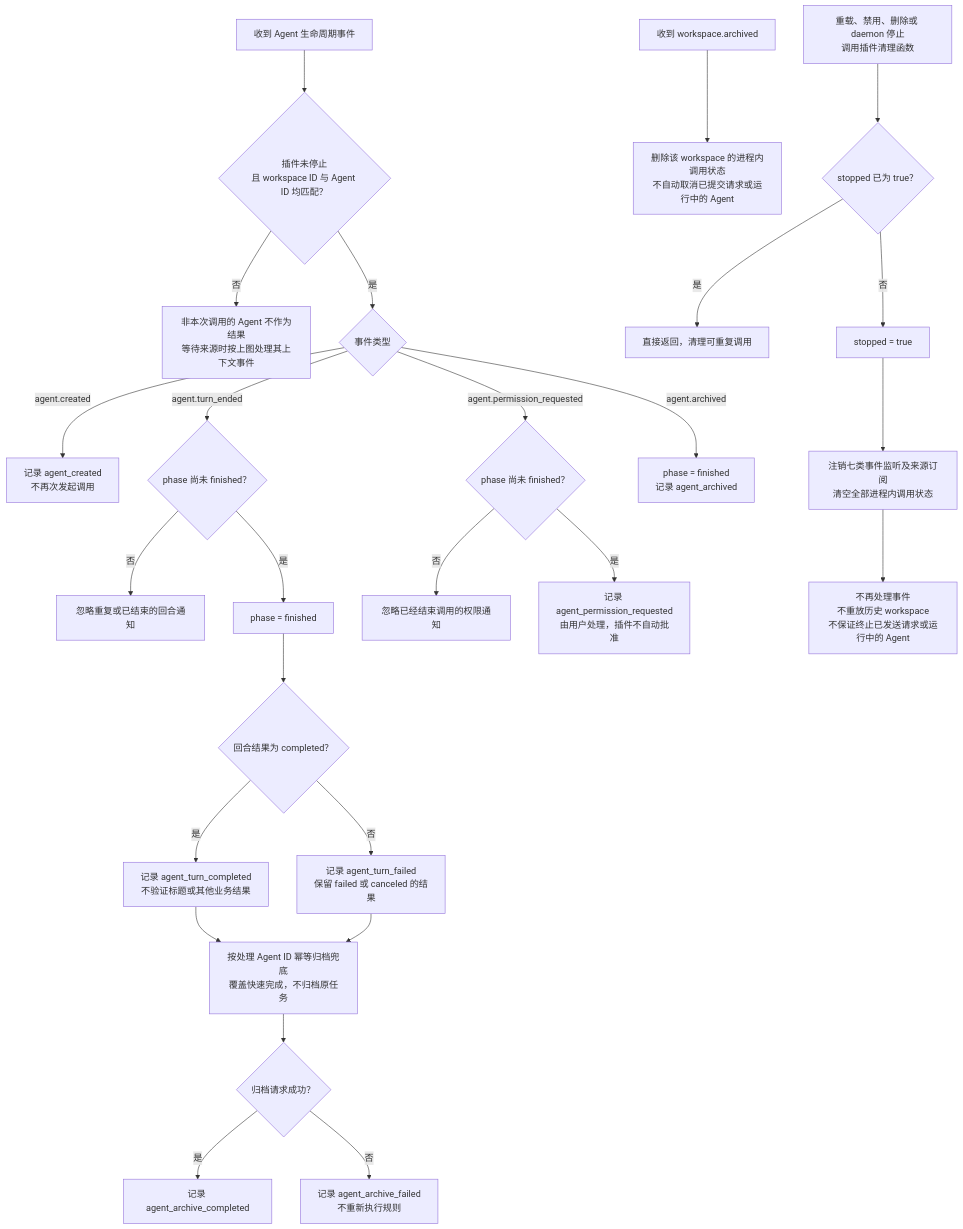
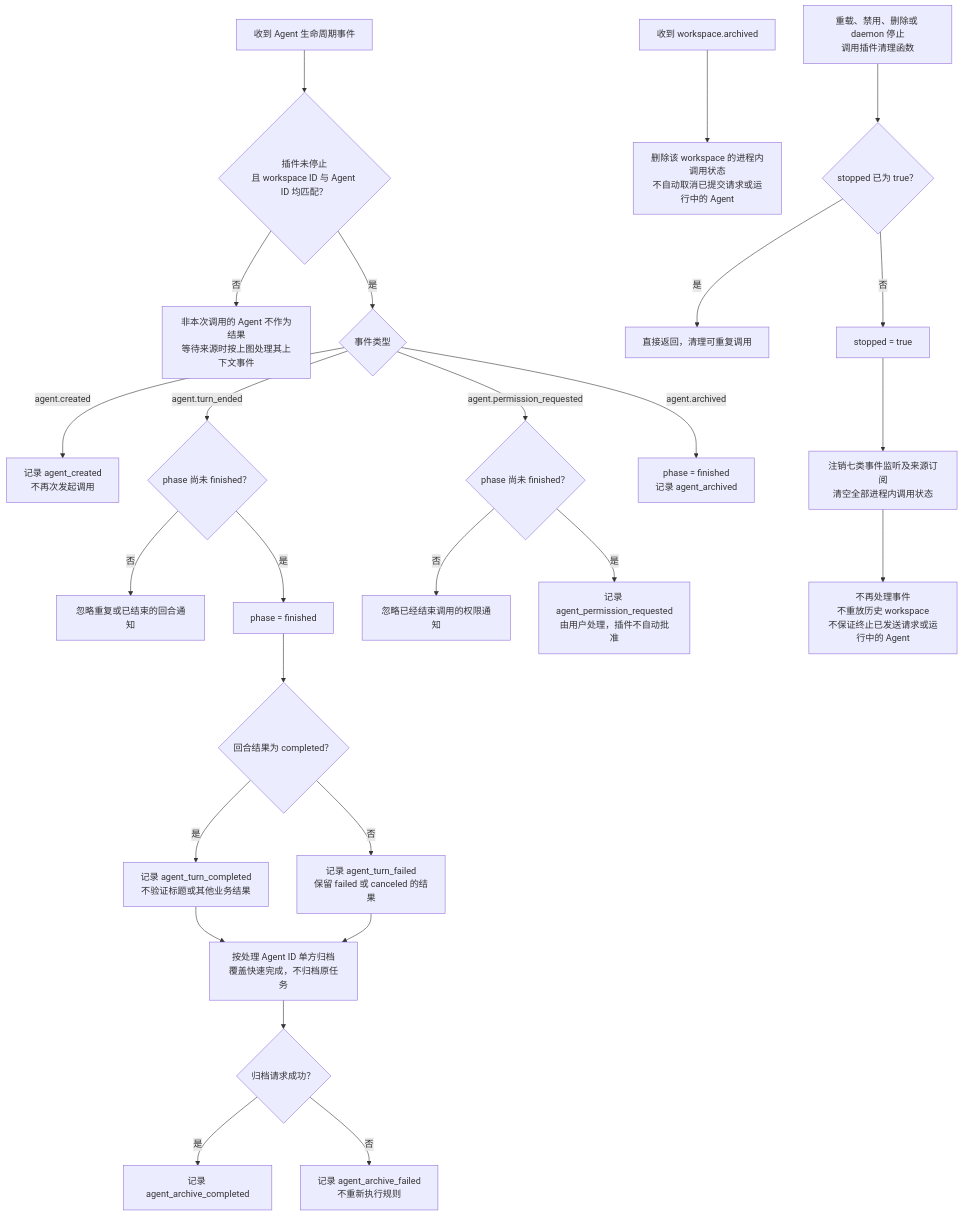
One commit to qsoyq/paseo-loom changed the third of 3 diagrams in README.md. Above: the diagram before and after it, drawn with Mermaid. The commit also changed other lines of this file and 6 other files, not shown here.

````diff
--- a/README.md
+++ b/README.md
@@ -136,30 +136,30 @@
 ```mermaid
 flowchart TD
     AgentEvent["收到 Agent 生命周期事件"] --> Match{"插件未停止<br>且 workspace ID 与 Agent ID 均匹配？"}
     Match -- "否" --> IgnoreEvent["非本次调用的 Agent 不作为结果<br>等待来源时按上图处理其上下文事件"]
     Match -- "是" --> EventType{"事件类型"}
     EventType -- "agent.created" --> CreatedLog["记录 agent_created<br>不再次发起调用"]
     EventType -- "agent.turn_ended" --> TurnOpen{"phase 尚未 finished？"}
     TurnOpen -- "否" --> IgnoreTurn["忽略重复或已结束的回合通知"]
     TurnOpen -- "是" --> FinishTurn["phase = finished"]
     FinishTurn --> Outcome{"回合结果为 completed？"}
     Outcome -- "是" --> CompletedLog["记录 agent_turn_completed<br>不验证标题或其他业务结果"]
     Outcome -- "否" --> FailedLog["记录 agent_turn_failed<br>保留 failed 或 canceled 的结果"]
-    CompletedLog --> ArchiveFallback["按处理 Agent ID 幂等归档兜底<br>覆盖快速完成，不归档原任务"]
+    CompletedLog --> ArchiveFallback["按处理 Agent ID 单方归档<br>覆盖快速完成，不归档原任务"]
     FailedLog --> ArchiveFallback
     ArchiveFallback --> ArchiveResult{"归档请求成功？"}
     ArchiveResult -- "是" --> ArchiveCompleted["记录 agent_archive_completed"]
     ArchiveResult -- "否" --> ArchiveFailed["记录 agent_archive_failed<br>不重新执行规则"]
     EventType -- "agent.permission_requested" --> PermissionOpen{"phase 尚未 finished？"}
     PermissionOpen -- "否" --> IgnorePermission["忽略已经结束调用的权限通知"]
     PermissionOpen -- "是" --> PermissionLog["记录 agent_permission_requested<br>由用户处理，插件不自动批准"]
     EventType -- "agent.archived" --> ArchivedLog["phase = finished<br>记录 agent_archived"]
 
     WorkspaceArchived["收到 workspace.archived"] --> DropWorkspace["删除该 workspace 的进程内调用状态<br>不自动取消已提交请求或运行中的 Agent"]
 
     PluginCleanup["重载、禁用、删除或 daemon 停止<br>调用插件清理函数"] --> AlreadyStopped{"stopped 已为 true？"}
     AlreadyStopped -- "是" --> CleanupReturn["直接返回，清理可重复调用"]
     AlreadyStopped -- "否" --> MarkStopped["stopped = true"]
     MarkStopped --> Unregister["注销七类事件监听及来源订阅<br>清空全部进程内调用状态"]
     Unregister --> Inactive["不再处理事件<br>不重放历史 workspace<br>不保证终止已发送请求或运行中的 Agent"]
 ```
````
